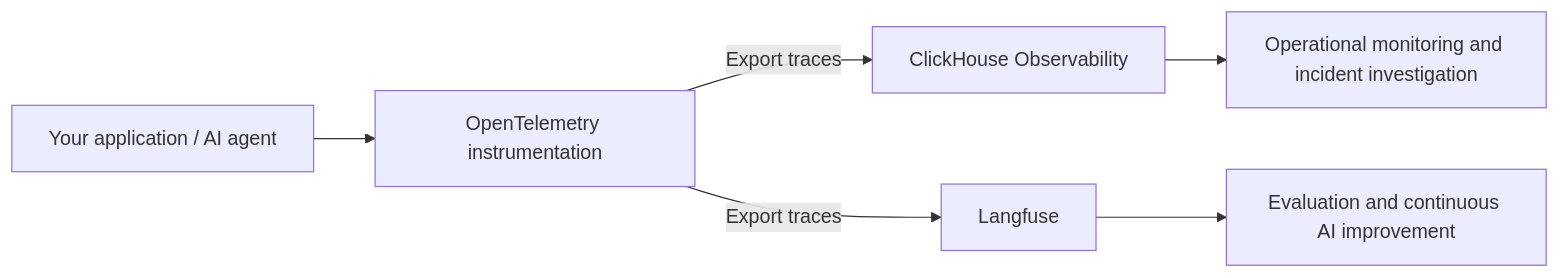
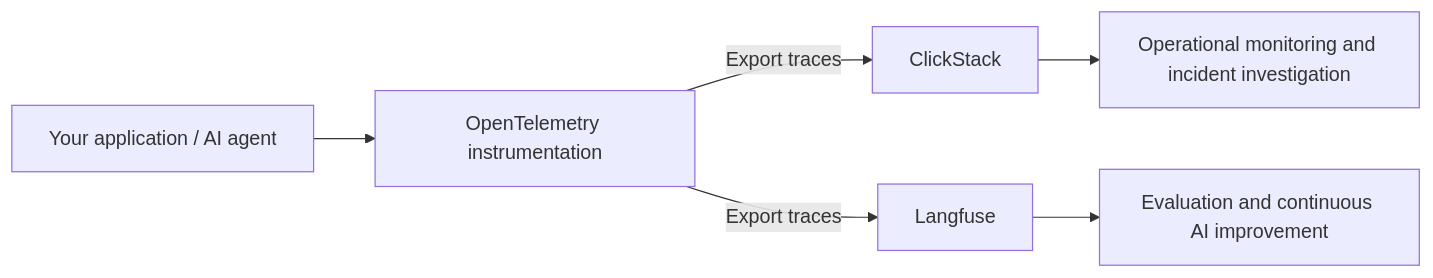
One commit to langfuse/langfuse-docs changed the second of 2 diagrams in content/integrations/clickhouse/observability.mdx. Above: the diagram before and after it, drawn with Mermaid. The commit also changed other lines of this file, not shown here.

First line of the commit message:
docs: rename ClickHouse Observability to ClickStack on integration page

````diff
--- a/content/integrations/clickhouse/observability.mdx
+++ b/content/integrations/clickhouse/observability.mdx
@@ -52,8 +52,8 @@
 ```mermaid
 flowchart LR
     app["Your application / AI agent"] --> otel["OpenTelemetry instrumentation"]
-    otel -->|"Export traces"| obs["ClickHouse Observability"]
+    otel -->|"Export traces"| obs["ClickStack"]
     otel -->|"Export traces"| langfuse["Langfuse"]
     obs --> ops["Operational monitoring and incident investigation"]
     langfuse --> improve["Evaluation and continuous AI improvement"]
 ```
````
